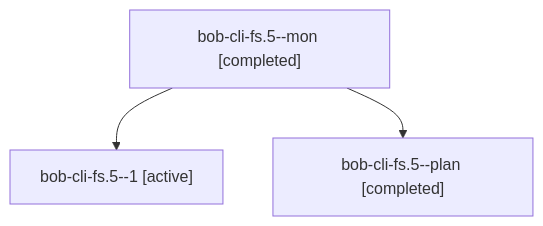
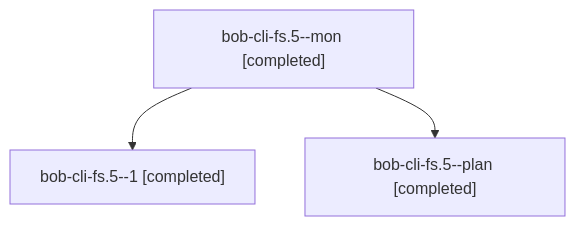
One commit to bobs-org/bob-cli--agents changed the diagram in sessions/bbugyi200.athena.bob-cli-fs.5.md. Above: the diagram before and after it, drawn with Mermaid. The commit also changed other lines of this file and 91 other files, not shown here.

````diff
--- a/sessions/bbugyi200.athena.bob-cli-fs.5.md
+++ b/sessions/bbugyi200.athena.bob-cli-fs.5.md
@@ -9,8 +9,8 @@
 ```mermaid
 flowchart TD
   n0["bob-cli-fs.5--mon [completed]"]
-  n1["bob-cli-fs.5--1 [active]"]
+  n1["bob-cli-fs.5--1 [completed]"]
   n0 --> n1
   n2["bob-cli-fs.5--plan [completed]"]
   n0 --> n2
 ```
````
